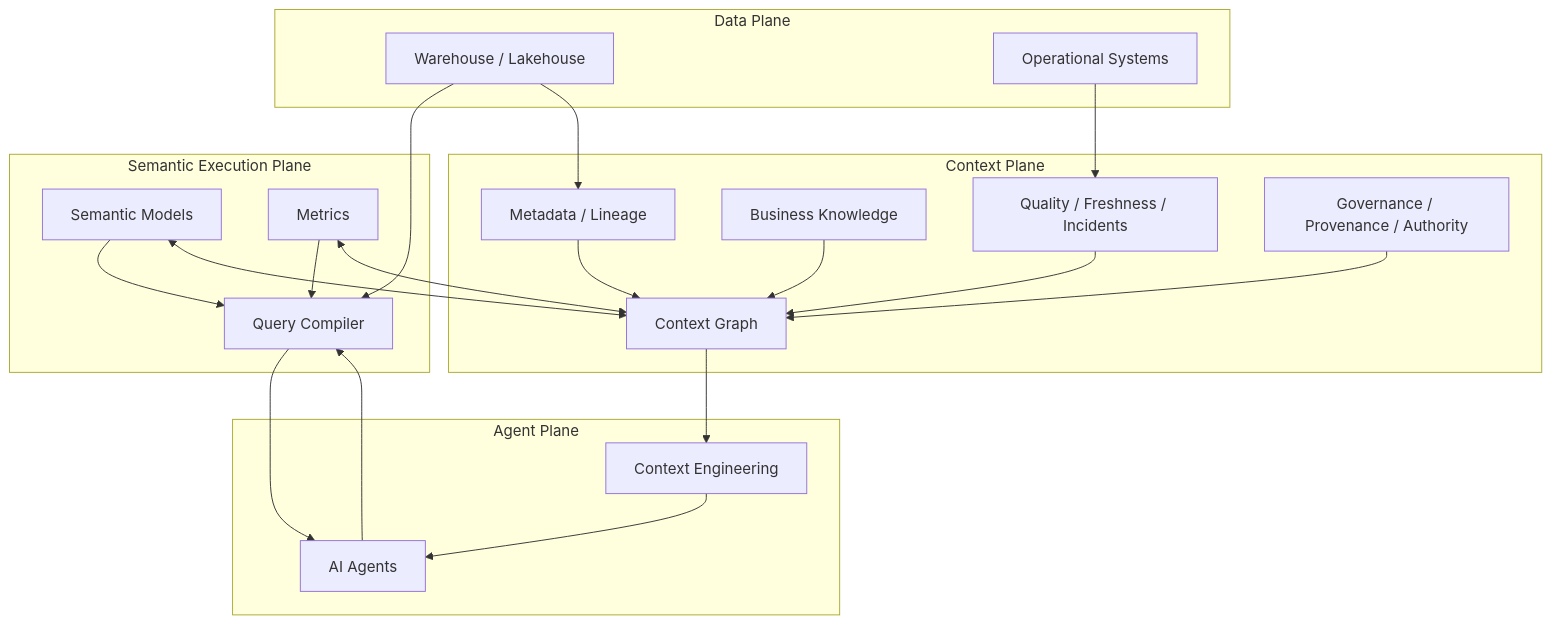
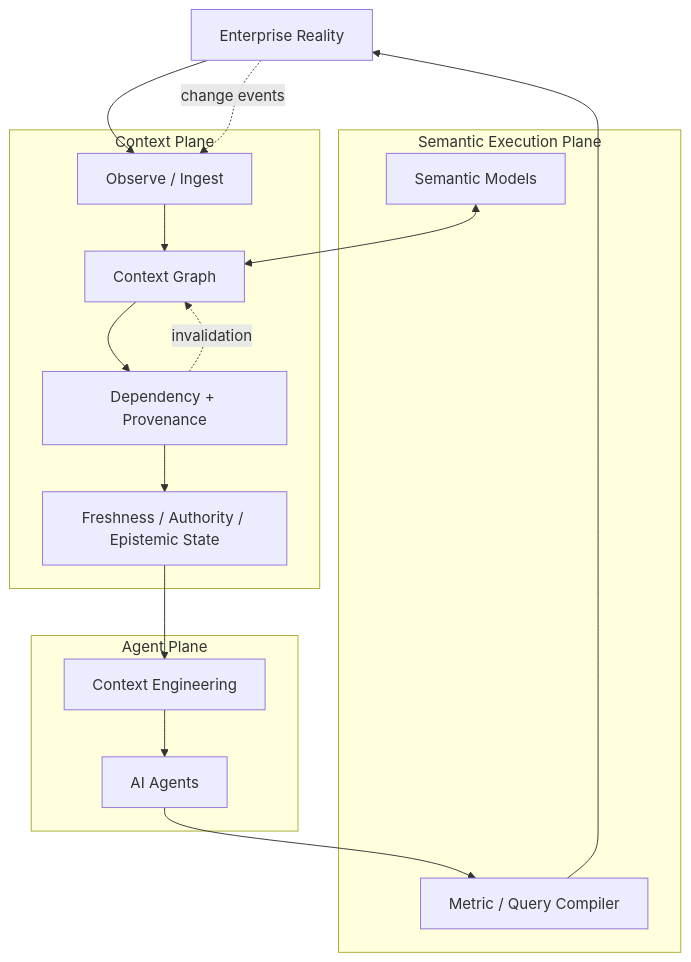
The diagram in README.md (XiaoWeiKIN/datahub-research), drawn with Mermaid before and after one commit. The commit also changed other lines of this file, not shown here.

Commit message:
docs: add freshness provenance and invalidation architecture

````diff
--- a/README.md
+++ b/README.md
@@ -36,42 +38,32 @@
 ```mermaid
 flowchart TB
-    subgraph DATA["Data Plane"]
-        WH[Warehouse / Lakehouse]
-        OPS[Operational Systems]
+    REAL[Enterprise Reality]
+
+    subgraph CTX["Context Plane"]
+        OBS[Observe / Ingest]
+        CG[Context Graph]
+        DEP[Dependency + Provenance]
+        TRUST[Freshness / Authority / Epistemic State]
     end
 
     subgraph SEM["Semantic Execution Plane"]
         SM[Semantic Models]
-        MET[Metrics]
-        QC[Query Compiler]
-    end
-
-    subgraph CTX["Context Plane"]
-        CG[Context Graph]
-        META[Metadata / Lineage]
-        KNOW[Business Knowledge]
-        STATE[Quality / Freshness / Incidents]
-        GOV[Governance / Provenance / Authority]
+        QC[Metric / Query Compiler]
     end
 
     subgraph AGENT["Agent Plane"]
         CE[Context Engineering]
         A[AI Agents]
     end
 
-    WH --> QC
-    SM --> QC
-    MET --> QC
+    REAL --> OBS --> CG
+    CG --> DEP --> TRUST
+    SM <--> CG
 
-    SM <--> CG
-    MET <--> CG
+    TRUST --> CE --> A
+    A --> QC
+    QC --> REAL
 
-    WH --> META --> CG
-    OPS --> STATE --> CG
-    KNOW --> CG
-    GOV --> CG
-
-    CG --> CE --> A
-    A --> QC
-    QC --> A
+    REAL -.change events.-> OBS
+    DEP -.invalidation.-> CG
 ```
````
